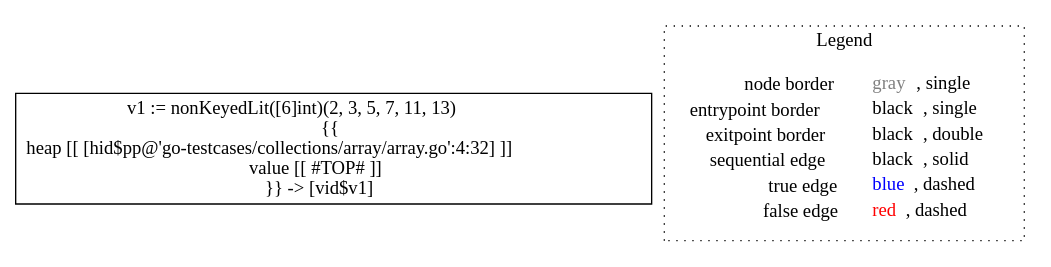
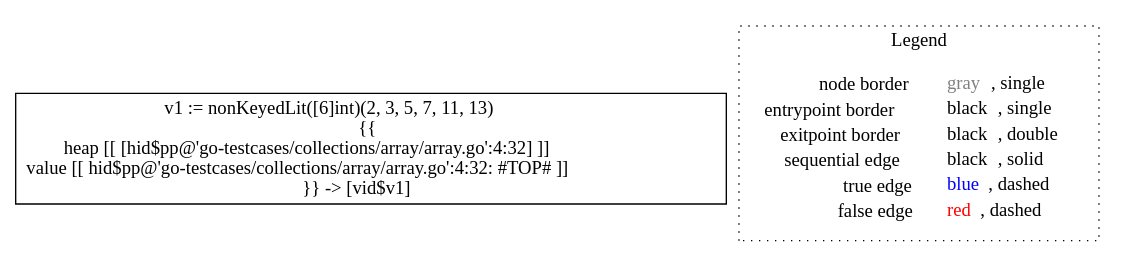
The diagram in go-lisa/go-testcases/collections/array/analysis___untyped_~LiSAProgram.allocs().dot (lisa-analyzer/go-lisa), drawn with Graphviz before and after one commit. The commit also changed 2 other files, not shown here.

```diff
--- a/go-lisa/go-testcases/collections/array/analysis___untyped_~LiSAProgram.allocs().dot
+++ b/go-lisa/go-testcases/collections/array/analysis___untyped_~LiSAProgram.allocs().dot
@@ -1,10 +1,10 @@
 digraph {
-	"node0" [shape="rect",color="black",label=<v1 := nonKeyedLit([6]int)(2, 3, 5, 7, 11, 13)<BR/>{{<BR/>heap [[ [hid$pp@'go-testcases/collections/array/array.go':4:32] ]]<BR/>value [[ #TOP# ]]<BR/>}} -&gt; [vid$v1]>];
+	"node0" [shape="rect",color="black",label=<v1 := nonKeyedLit([6]int)(2, 3, 5, 7, 11, 13)<BR/>{{<BR/>heap [[ [hid$pp@'go-testcases/collections/array/array.go':4:32] ]]<BR/>value [[ hid$pp@'go-testcases/collections/array/array.go':4:32: #TOP# ]]<BR/>}} -&gt; [vid$v1]>];
 subgraph cluster_legend {
 	label="Legend";
 	style=dotted;
 	node [shape=plaintext];
 	"legend" [label=<<table border="0" cellpadding="2" cellspacing="0" cellborder="0"><tr><td align="right">node border&nbsp;</td><td align="left"><font color="gray">gray</font>, single</td></tr><tr><td align="right">entrypoint border&nbsp;</td><td align="left"><font color="black">black</font>, single</td></tr><tr><td align="right">exitpoint border&nbsp;</td><td align="left"><font color="black">black</font>, double</td></tr><tr><td align="right">sequential edge&nbsp;</td><td align="left"><font color="black">black</font>, solid</td></tr><tr><td align="right">true edge&nbsp;</td><td align="left"><font color="blue">blue</font>, dashed</td></tr><tr><td align="right">false edge&nbsp;</td><td align="left"><font color="red">red</font>, dashed</td></tr></table>>];
 }
 
 }
```
